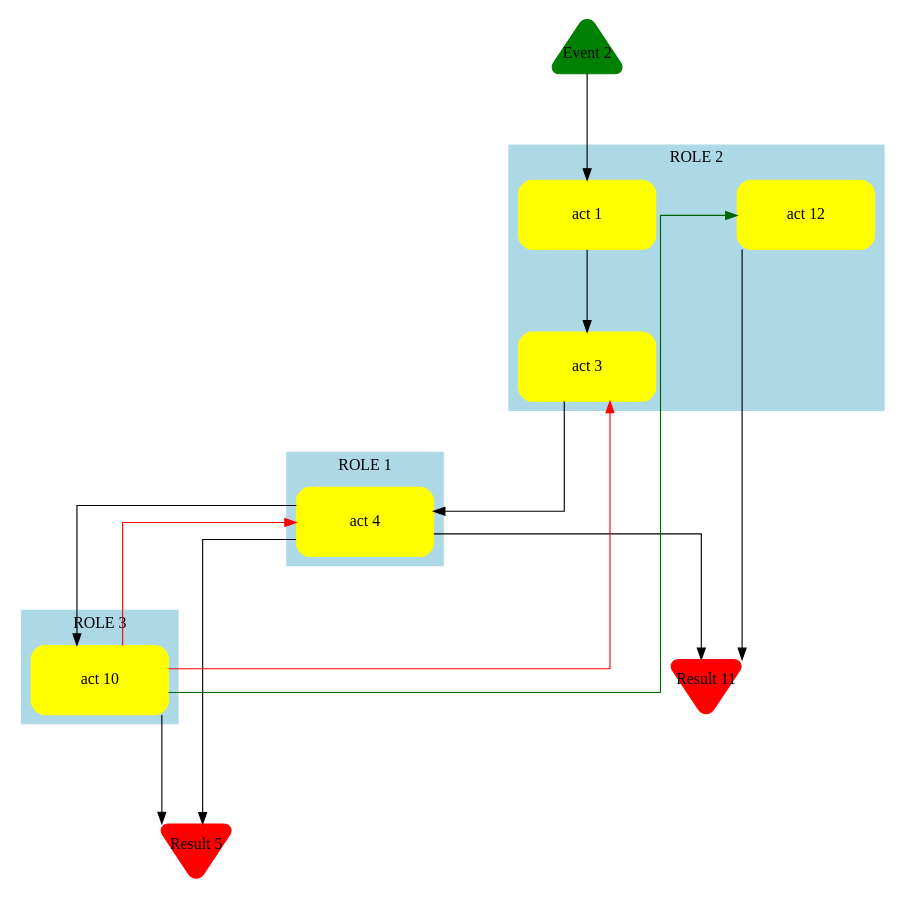
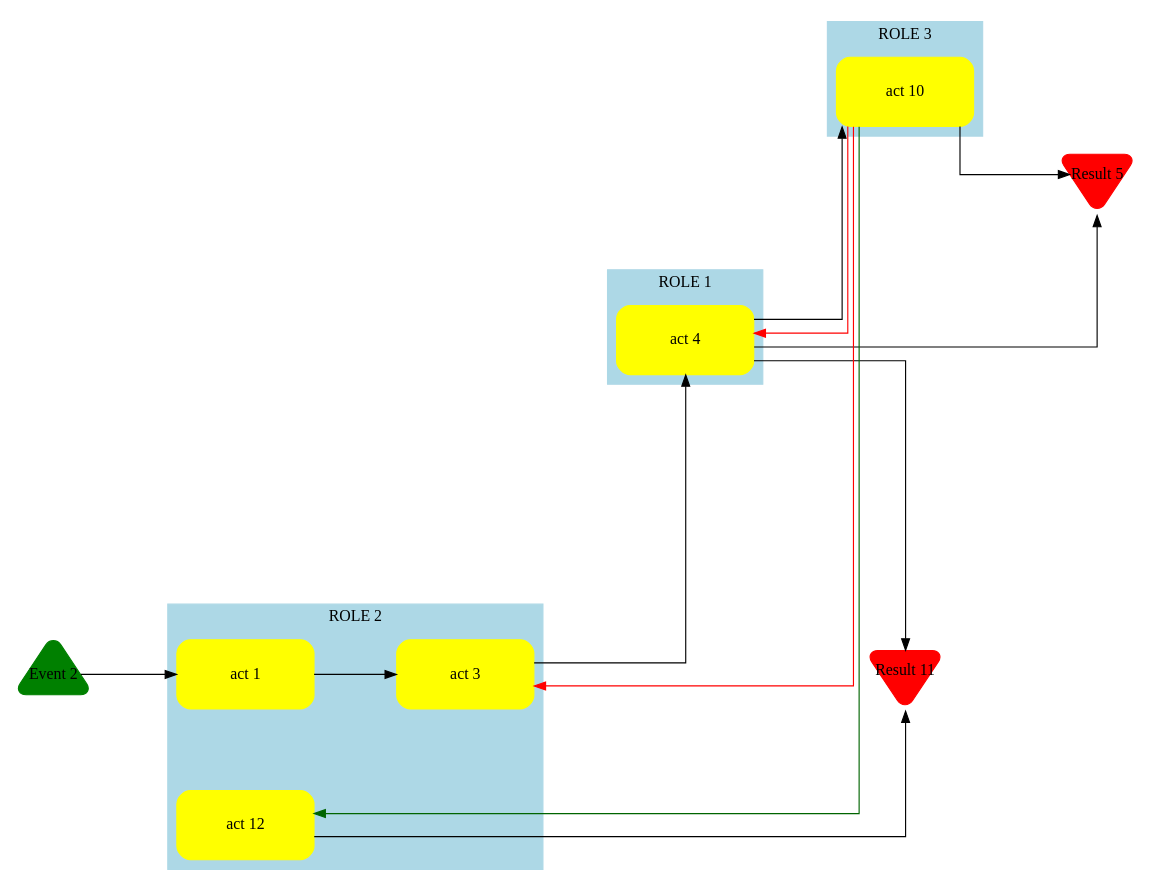
The diagram in input.dot (ggojard/swimy), drawn with Graphviz before and after one commit. The commit also changed 3 other files, not shown here.

```diff
--- a/input.dot
+++ b/input.dot
@@ -1,34 +1,36 @@
 digraph diagram24 {
-/*rankdir=LR;overlap=scalexy;splines=ortho;sep=1;nodesep=1;*/
-rankdir=TB;overlap=scalexy;splines=ortho;sep=1;nodesep=1;
+rankdir=LR;overlap=scalexy;splines=ortho;sep=1;nodesep=1;
+/*rankdir=TB;overlap=scalexy;splines=ortho;sep=1;nodesep=1;*/
 
 node[fontsize=14.0]
 
+subgraph cluster_7 { label="ROLE 2";style=filled;color=lightblue;1;3;12}
 subgraph cluster_8 { label="ROLE 1";style=filled;color=lightblue;4}
-subgraph cluster_7 { label="ROLE 2";style=filled;color=lightblue;1;3;12}
 subgraph cluster_9 { label="ROLE 3";style=filled;color=lightblue;10}
 
 "4"  [label="act 4"; shape=box,style="rounded,filled",color=yellow,fixedsize=true,width=1.6806,height=0.84722]
 "1"  [label="act 1"; shape=box,style="rounded,filled",color=yellow,fixedsize=true,width=1.6806,height=0.84722]
 "3"  [label="act 3"; shape=box,style="rounded,filled",color=yellow,fixedsize=true,width=1.6806,height=0.84722]
 "10" [label="act 10"; shape=box,style="rounded,filled",color=yellow,fixedsize=true,width=1.6806,height=0.84722]
 "12" [label="act 12"; shape=box,style="rounded,filled",color=yellow,fixedsize=true,width=1.6806,height=0.84722]
-
 "5"  [label="Result 5"; shape=invtriangle,fixedsize=true,width=1.0,height=1.0,style="rounded,filled",color=red]
 "2"  [label="Event 2"; shape=triangle,fixedsize=true,width=1.0,height=1.0,style="rounded,filled",color=green]
 "11" [label="Result 11"; shape=invtriangle,fixedsize=true,width=1.0,height=1.0,style="rounded,filled",color=red]
 
 "1" -> "3"  [minlen=2.0];
 "4" -> "10" [minlen=2.0];
 "4" -> "5"  [minlen=2.0];
 "3" -> "4"  [minlen=2.0];
 "10" -> "5" [minlen=2.0];
 "2" -> "1"  [minlen=2.0];
 "4" -> "11" [minlen=2.0];
 "12" -> "11" [minlen=2.0];
 
+/*"10" -> "3" [minlen=2.0];
+"10" -> "4" [minlen=2.0];
+"10" -> "12" [minlen=2.0];
+*/
 "10" -> "3" [minlen=2.0,constraint=false,style="filled",color=red];
 "10" -> "4" [minlen=2.0,constraint=false,style="filled",color=red];
-
 "10" -> "12" [minlen=2.0,constraint=false,style="filled",color=darkgreen];
 }
```
